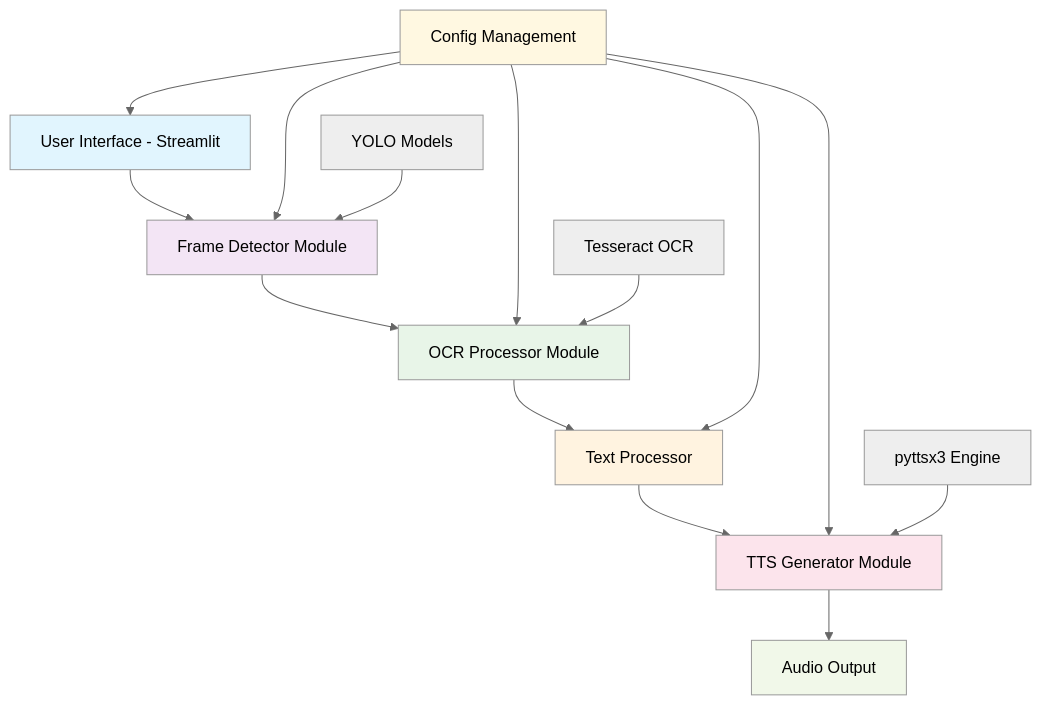
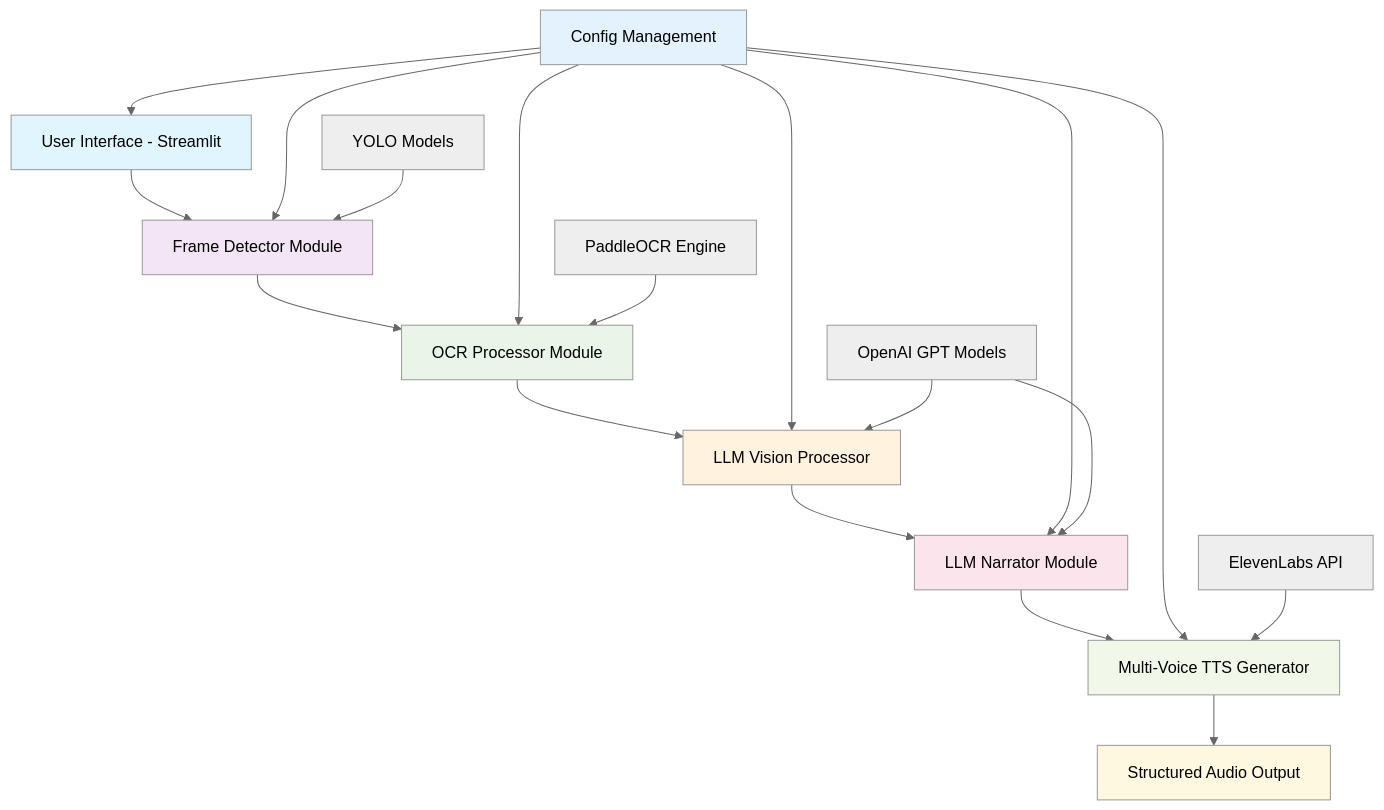
Before and after one commit to iMrLopez/mangAI: the first of 7 diagrams in architecture_diagram.md, drawn with Mermaid (neutral theme). The commit also changed other lines of this file and 11 other files, not shown here.

````diff
--- a/architecture_diagram.md
+++ b/architecture_diagram.md
@@ -7,26 +7,31 @@
 ```mermaid
 graph TD
     A[User Interface - Streamlit] --> B[Frame Detector Module]
     B --> C[OCR Processor Module]
-    C --> D[Text Processor]
-    D --> E[TTS Generator Module]
-    E --> F[Audio Output]
+    C --> D[LLM Vision Processor]
+    D --> E[LLM Narrator Module]
+    E --> F[Multi-Voice TTS Generator]
+    F --> G[Structured Audio Output]
     
-    G[Config Management] --> A
-    G --> B
-    G --> C
-    G --> D
-    G --> E
+    H[Config Management] --> A
+    H --> B
+    H --> C
+    H --> D
+    H --> E
+    H --> F
     
-    H[YOLO Models] --> B
-    I[Tesseract OCR] --> C
-    J[pyttsx3 Engine] --> E
+    I[YOLO Models] --> B
+    J[PaddleOCR Engine] --> C
+    K[OpenAI GPT Models] --> D
+    K --> E
+    L[ElevenLabs API] --> F
     
     style A fill:#e1f5fe
     style B fill:#f3e5f5
     style C fill:#e8f5e8
     style D fill:#fff3e0
     style E fill:#fce4ec
     style F fill:#f1f8e9
     style G fill:#fff8e1
+    style H fill:#e3f2fd
 ```
````
